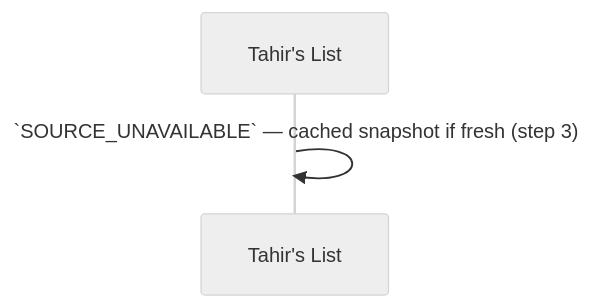
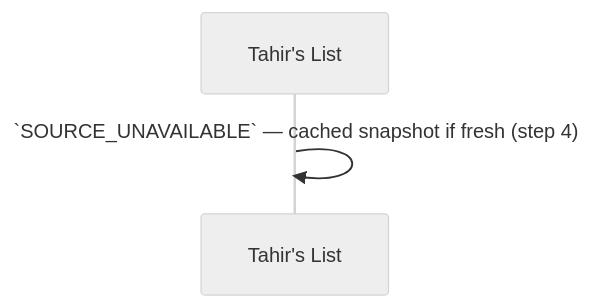
One commit to Losers-Lab/tahirs-list changed the third of 13 diagrams in docs/features/SC-211/04-blackbox/UC-01-run-sample-directory-ingestion.md. Above: the diagram before and after it, drawn with Mermaid (neutral theme). The commit also changed other lines of this file and 8 other files, not shown here.

````diff
--- a/docs/features/SC-211/04-blackbox/UC-01-run-sample-directory-ingestion.md
+++ b/docs/features/SC-211/04-blackbox/UC-01-run-sample-directory-ingestion.md
@@ -39,5 +40,5 @@
 ```mermaid
 sequenceDiagram
   participant TL as Tahir's List
-  TL->>TL: `SOURCE_UNAVAILABLE` — cached snapshot if fresh (step 3)
+  TL->>TL: `SOURCE_UNAVAILABLE` — cached snapshot if fresh (step 4)
 ```
````
